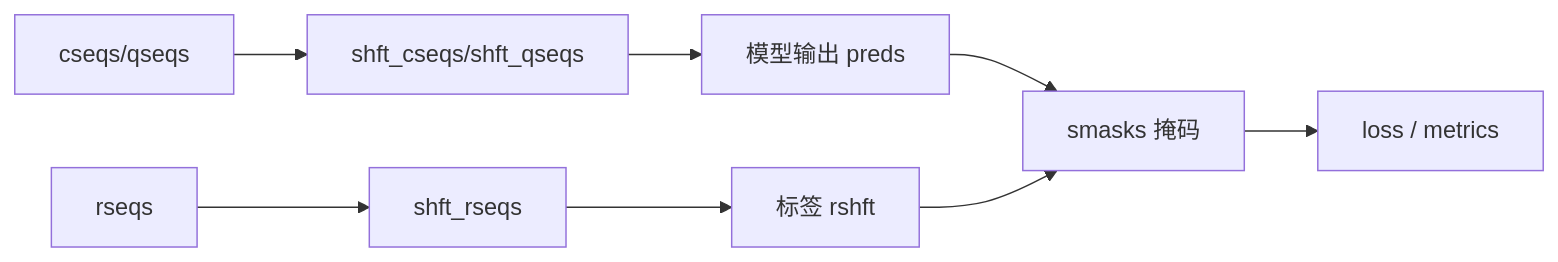
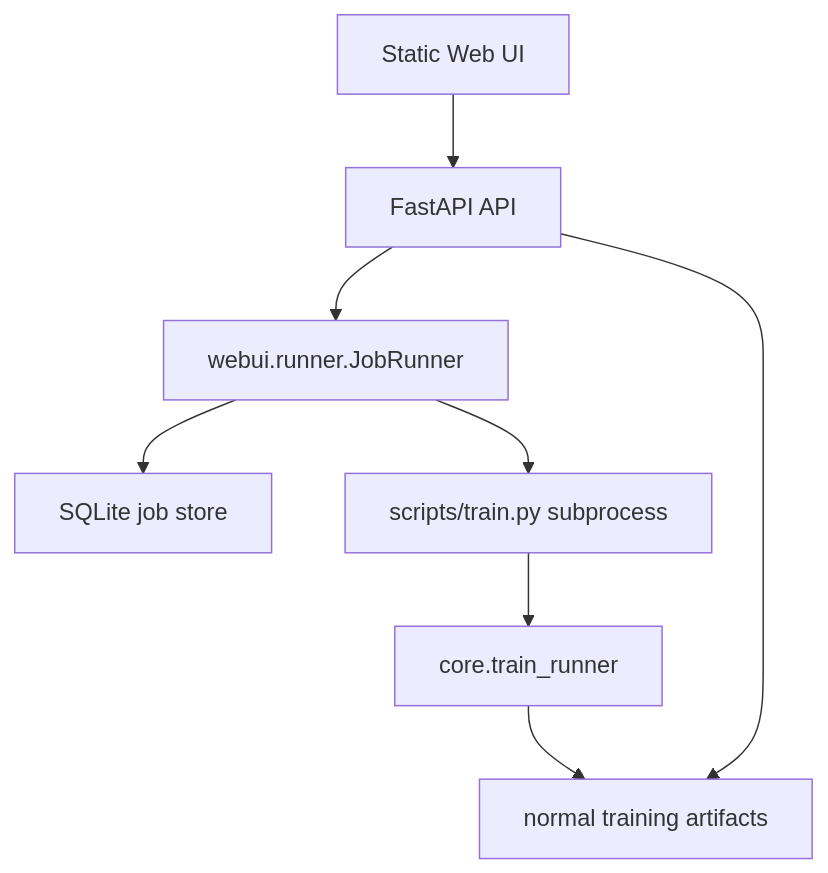
One commit to Code-Kuangkuang/kt-toolkit changed the second of 2 diagrams in docs/architecture.md. Above: the diagram before and after it, drawn with Mermaid. The commit also changed other lines of this file and 79 other files, not shown here.

````diff
--- a/docs/architecture.md
+++ b/docs/architecture.md
@@ -105,10 +40,10 @@
 ```mermaid
-flowchart LR
-   A[cseqs/qseqs] --> B[shft_cseqs/shft_qseqs]
-   C[rseqs] --> D[shft_rseqs]
-   B --> E[模型输出 preds]
-   D --> F[标签 rshft]
-   E --> G[smasks 掩码]
-   F --> G
-   G --> H[loss / metrics]
+flowchart TD
+  A["Static Web UI"] --> B["FastAPI API"]
+  B --> C["webui.runner.JobRunner"]
+  C --> D["SQLite job store"]
+  C --> E["scripts/train.py subprocess"]
+  E --> F["core.train_runner"]
+  F --> G["normal training artifacts"]
+  B --> G
 ```
````
